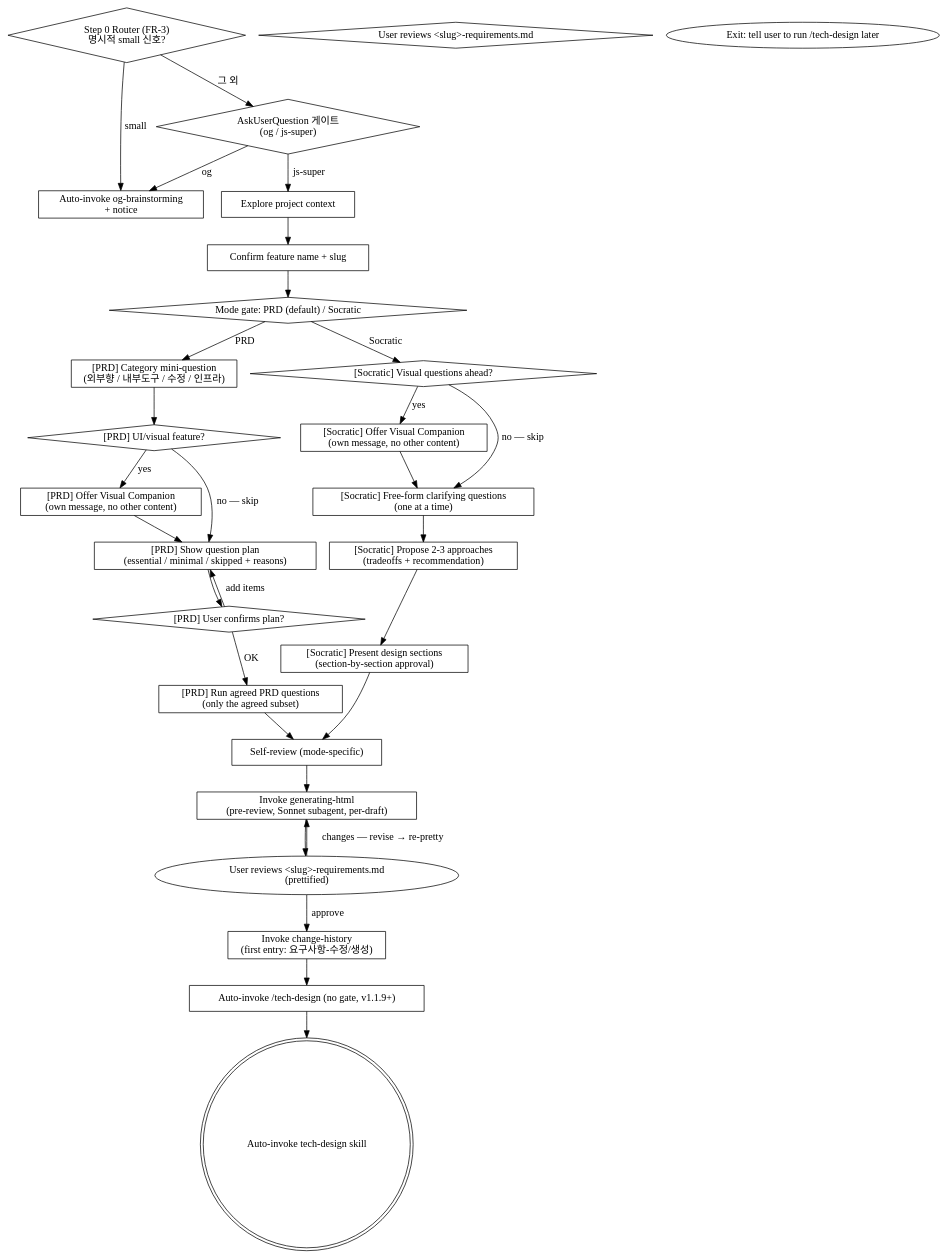
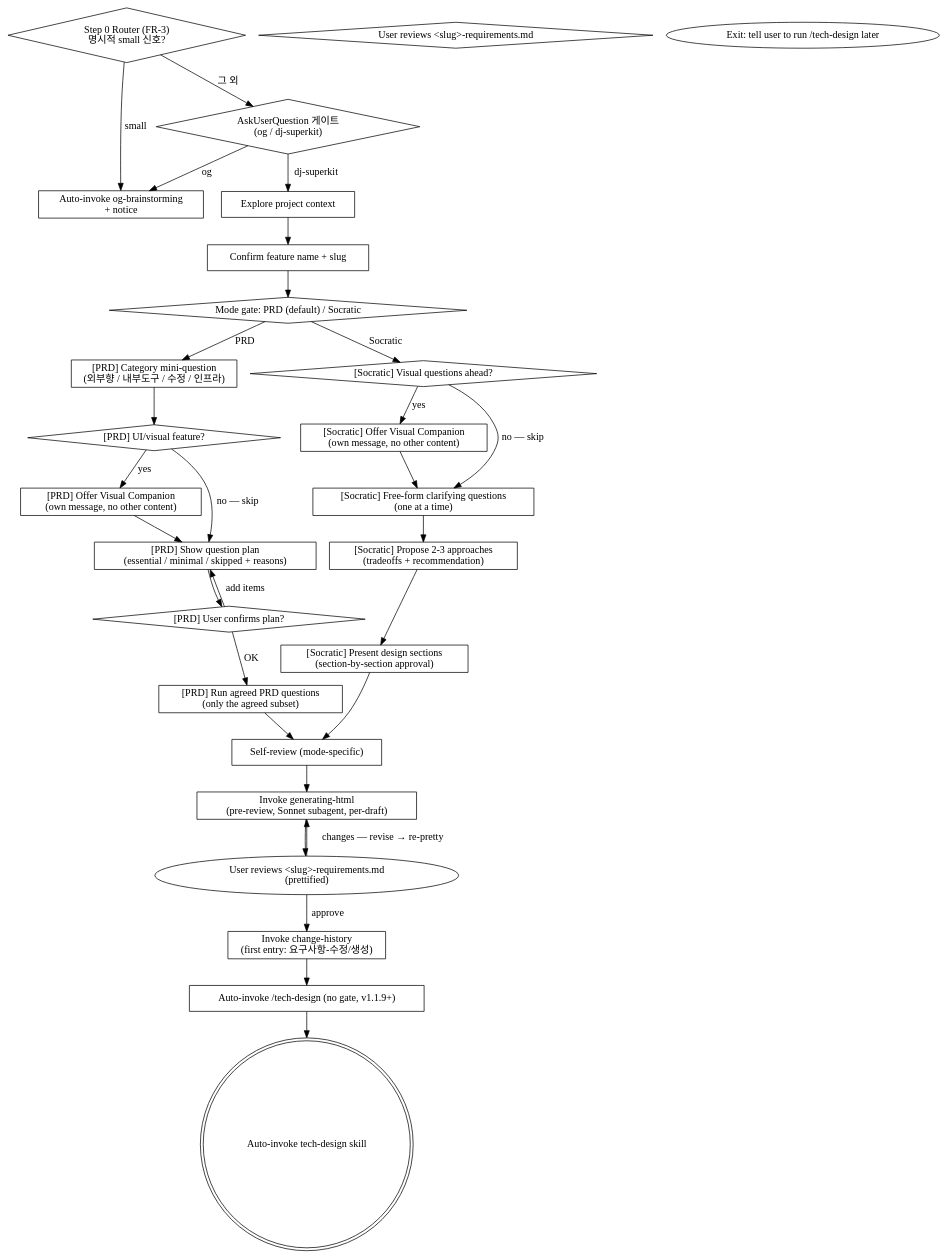
Before and after one commit to deokjinlog/dj-superkit: the diagram in skills/brainstorming/SKILL.md, drawn with Graphviz. The commit also changed other lines of this file and 155 other files, not shown here.

First line of the commit message:
chore: rebrand js-super 2.7.0 as dj-superkit 0.1.0

````diff
--- a/skills/brainstorming/SKILL.md
+++ b/skills/brainstorming/SKILL.md
@@ -121,63 +121,63 @@
 ```dot
 digraph brainstorm_flow {
     "Step 0 Router (FR-3)\n명시적 small 신호?" [shape=diamond];
     "Auto-invoke og-brainstorming\n+ notice" [shape=box];
-    "AskUserQuestion 게이트\n(og / js-super)" [shape=diamond];
+    "AskUserQuestion 게이트\n(og / dj-superkit)" [shape=diamond];
     "Explore project context" [shape=box];
     "Confirm feature name + slug" [shape=box];
     "Mode gate: PRD (default) / Socratic" [shape=diamond];
 
     "[PRD] Category mini-question\n(외부향 / 내부도구 / 수정 / 인프라)" [shape=box];
     "[PRD] UI/visual feature?" [shape=diamond];
     "[PRD] Offer Visual Companion\n(own message, no other content)" [shape=box];
     "[PRD] Show question plan\n(essential / minimal / skipped + reasons)" [shape=box];
     "[PRD] User confirms plan?" [shape=diamond];
     "[PRD] Run agreed PRD questions\n(only the agreed subset)" [shape=box];
 
     "[Socratic] Visual questions ahead?" [shape=diamond];
     "[Socratic] Offer Visual Companion\n(own message, no other content)" [shape=box];
     "[Socratic] Free-form clarifying questions\n(one at a time)" [shape=box];
     "[Socratic] Propose 2-3 approaches\n(tradeoffs + recommendation)" [shape=box];
     "[Socratic] Present design sections\n(section-by-section approval)" [shape=box];
 
     "Self-review (mode-specific)" [shape=box];
     "User reviews <slug>-requirements.md" [shape=diamond];
     "Invoke generating-html\n(pre-review, Sonnet subagent, per-draft)" [shape=box];
     "Invoke change-history\n(first entry: 요구사항-수정/생성)" [shape=box];
     "Auto-invoke /tech-design (no gate, v1.1.9+)" [shape=box];
     "Auto-invoke tech-design skill" [shape=doublecircle];
     "Exit: tell user to run /tech-design later" [shape=oval];
 
     "Step 0 Router (FR-3)\n명시적 small 신호?" -> "Auto-invoke og-brainstorming\n+ notice" [label="small"];
-    "Step 0 Router (FR-3)\n명시적 small 신호?" -> "AskUserQuestion 게이트\n(og / js-super)" [label="그 외"];
-    "AskUserQuestion 게이트\n(og / js-super)" -> "Auto-invoke og-brainstorming\n+ notice" [label="og"];
-    "AskUserQuestion 게이트\n(og / js-super)" -> "Explore project context" [label="js-super"];
+    "Step 0 Router (FR-3)\n명시적 small 신호?" -> "AskUserQuestion 게이트\n(og / dj-superkit)" [label="그 외"];
+    "AskUserQuestion 게이트\n(og / dj-superkit)" -> "Auto-invoke og-brainstorming\n+ notice" [label="og"];
+    "AskUserQuestion 게이트\n(og / dj-superkit)" -> "Explore project context" [label="dj-superkit"];
     "Explore project context" -> "Confirm feature name + slug";
     "Confirm feature name + slug" -> "Mode gate: PRD (default) / Socratic";
 
     "Mode gate: PRD (default) / Socratic" -> "[PRD] Category mini-question\n(외부향 / 내부도구 / 수정 / 인프라)" [label="PRD"];
     "[PRD] Category mini-question\n(외부향 / 내부도구 / 수정 / 인프라)" -> "[PRD] UI/visual feature?";
     "[PRD] UI/visual feature?" -> "[PRD] Offer Visual Companion\n(own message, no other content)" [label="yes"];
     "[PRD] UI/visual feature?" -> "[PRD] Show question plan\n(essential / minimal / skipped + reasons)" [label="no — skip"];
     "[PRD] Offer Visual Companion\n(own message, no other content)" -> "[PRD] Show question plan\n(essential / minimal / skipped + reasons)";
     "[PRD] Show question plan\n(essential / minimal / skipped + reasons)" -> "[PRD] User confirms plan?";
     "[PRD] User confirms plan?" -> "[PRD] Show question plan\n(essential / minimal / skipped + reasons)" [label="add items"];
     "[PRD] User confirms plan?" -> "[PRD] Run agreed PRD questions\n(only the agreed subset)" [label="OK"];
     "[PRD] Run agreed PRD questions\n(only the agreed subset)" -> "Self-review (mode-specific)";
 
     "Mode gate: PRD (default) / Socratic" -> "[Socratic] Visual questions ahead?" [label="Socratic"];
     "[Socratic] Visual questions ahead?" -> "[Socratic] Offer Visual Companion\n(own message, no other content)" [label="yes"];
     "[Socratic] Visual questions ahead?" -> "[Socratic] Free-form clarifying questions\n(one at a time)" [label="no — skip"];
     "[Socratic] Offer Visual Companion\n(own message, no other content)" -> "[Socratic] Free-form clarifying questions\n(one at a time)";
     "[Socratic] Free-form clarifying questions\n(one at a time)" -> "[Socratic] Propose 2-3 approaches\n(tradeoffs + recommendation)";
     "[Socratic] Propose 2-3 approaches\n(tradeoffs + recommendation)" -> "[Socratic] Present design sections\n(section-by-section approval)";
     "[Socratic] Present design sections\n(section-by-section approval)" -> "Self-review (mode-specific)";
 
     "Self-review (mode-specific)" -> "Invoke generating-html\n(pre-review, Sonnet subagent, per-draft)";
     "Invoke generating-html\n(pre-review, Sonnet subagent, per-draft)" -> "User reviews <slug>-requirements.md\n(prettified)";
     "User reviews <slug>-requirements.md\n(prettified)" -> "Invoke generating-html\n(pre-review, Sonnet subagent, per-draft)" [label="changes — revise → re-pretty"];
     "User reviews <slug>-requirements.md\n(prettified)" -> "Invoke change-history\n(first entry: 요구사항-수정/생성)" [label="approve"];
     "Invoke change-history\n(first entry: 요구사항-수정/생성)" -> "Auto-invoke /tech-design (no gate, v1.1.9+)";
     "Auto-invoke /tech-design (no gate, v1.1.9+)" -> "Auto-invoke tech-design skill";
 }
 ```
````
